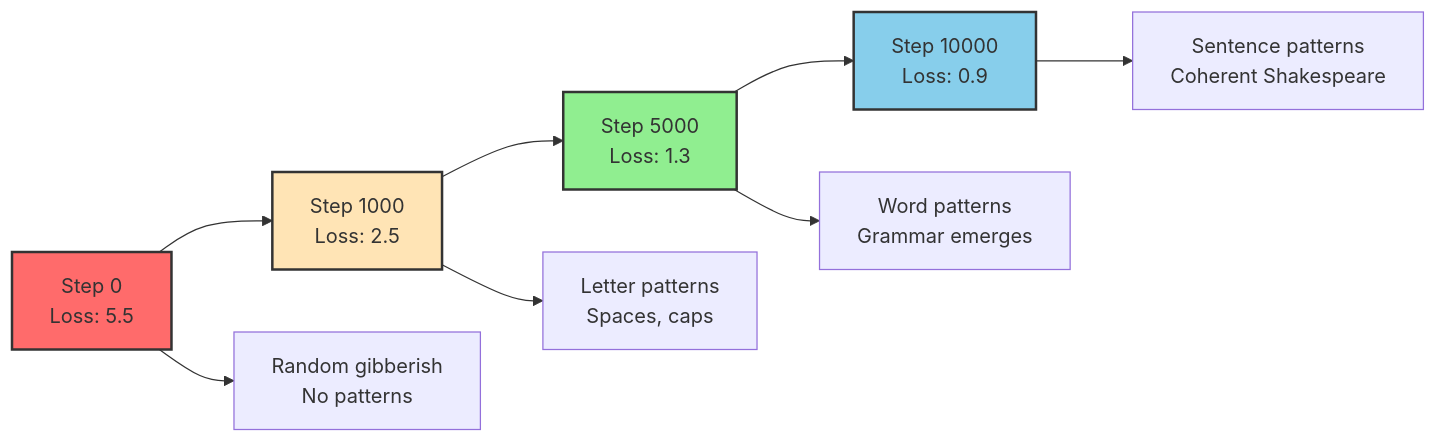
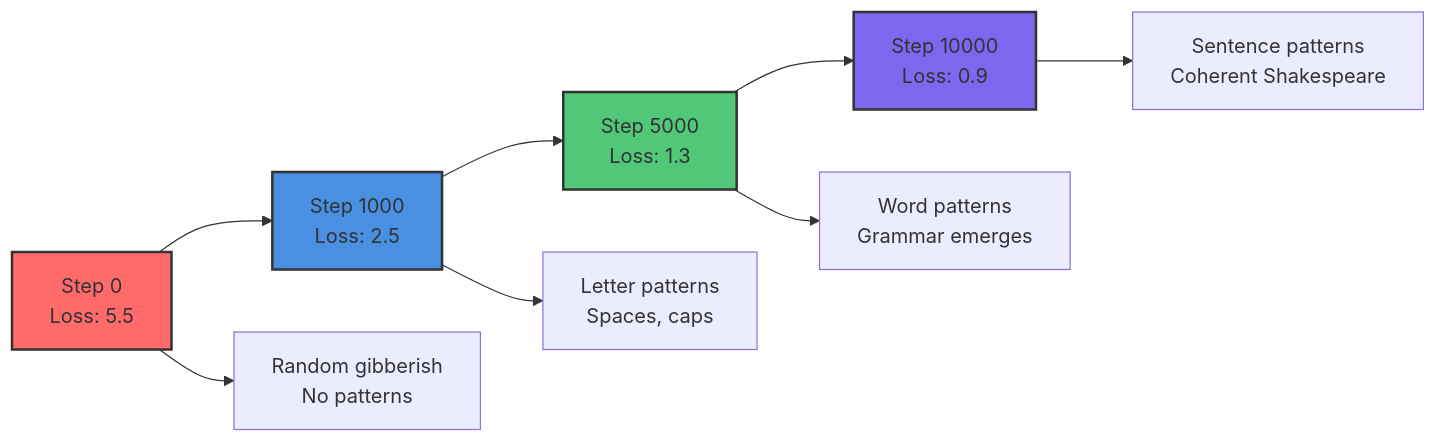
The seventh of 10 diagrams in content/lessons/ct8-training-from-scratch.md (tenstorrent/tt-vscode-toolkit), drawn with Mermaid before and after one commit. The commit also changed other lines of this file and 9 other files, not shown here.

````diff
--- a/content/lessons/ct8-training-from-scratch.md
+++ b/content/lessons/ct8-training-from-scratch.md
@@ -616,16 +616,16 @@
 ```mermaid
 graph LR
     A[Step 0<br/>Loss: 5.5] --> B[Step 1000<br/>Loss: 2.5]
     B --> C[Step 5000<br/>Loss: 1.3]
     C --> D[Step 10000<br/>Loss: 0.9]
 
     A --> E[Random gibberish<br/>No patterns]
     B --> F[Letter patterns<br/>Spaces, caps]
     C --> G[Word patterns<br/>Grammar emerges]
     D --> H[Sentence patterns<br/>Coherent Shakespeare]
 
     style A fill:#FF6B6B,stroke:#333,stroke-width:2px
-    style B fill:#FFE4B5,stroke:#333,stroke-width:2px
-    style C fill:#90EE90,stroke:#333,stroke-width:2px
-    style D fill:#87CEEB,stroke:#333,stroke-width:2px
+    style B fill:#4A90E2,stroke:#333,stroke-width:2px
+    style C fill:#50C878,stroke:#333,stroke-width:2px
+    style D fill:#7B68EE,stroke:#333,stroke-width:2px
 ```
````
